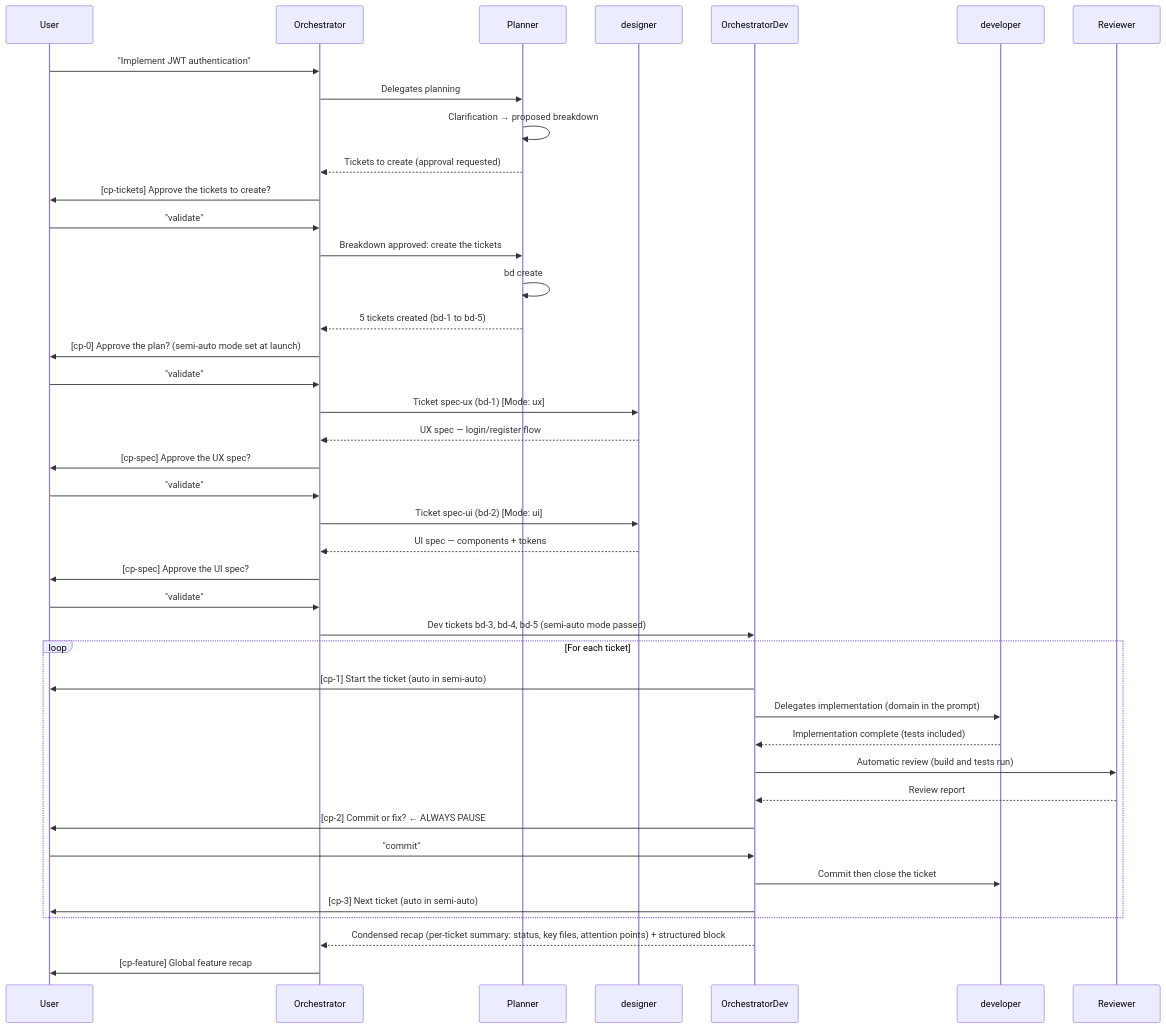
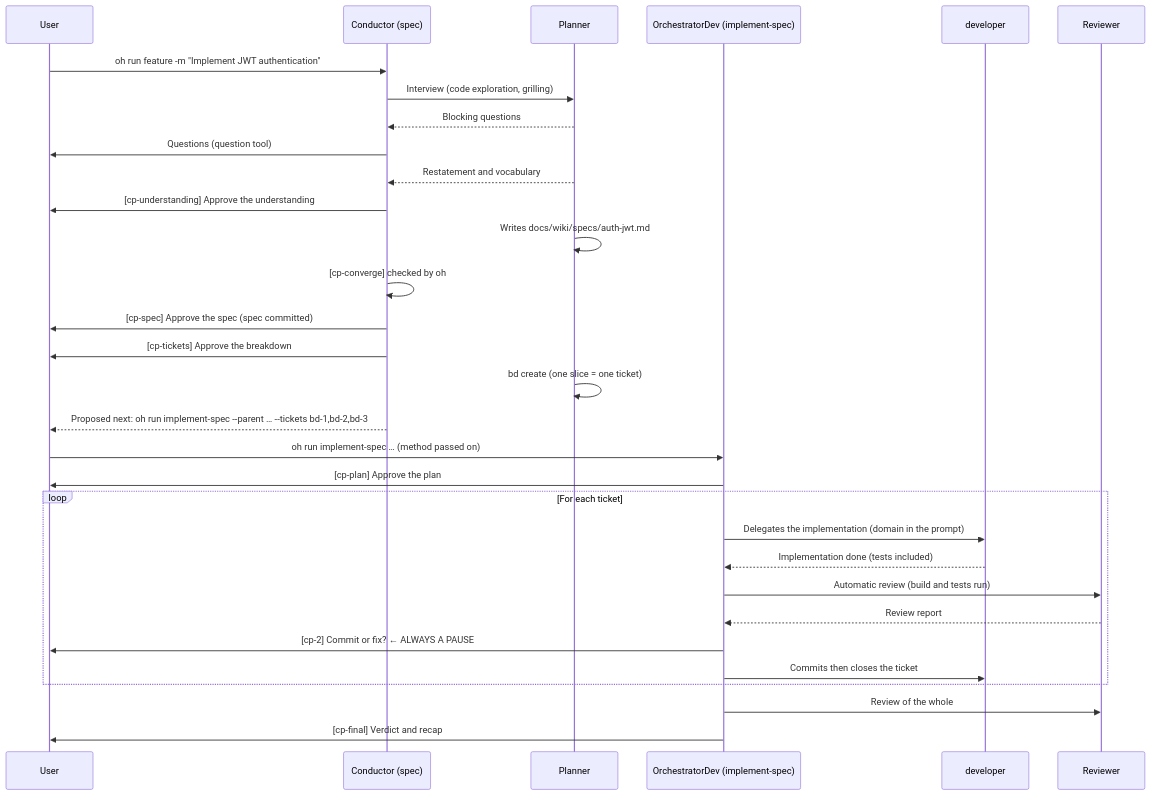
The second of 7 diagrams in docs/guides/workflows.en.md (datichb/openhub), drawn with Mermaid before and after one commit. The commit also changed other lines of this file and 27 other files, not shown here.

Commit message:
docs: feature as the chain spec → implement-spec, migration of the layers extending hub:feature or hub:cadrage, record: input (modernisation feature-migration)

````diff
--- a/docs/guides/workflows.en.md
+++ b/docs/guides/workflows.en.md
@@ -112,48 +113,35 @@
 ```mermaid
 sequenceDiagram
     participant U as User
-    participant O as Orchestrator
+    participant C as Conductor (spec)
     participant PL as Planner
-    participant D as designer
-    participant OD as OrchestratorDev
+    participant OD as OrchestratorDev (implement-spec)
     participant DEV as developer
     participant R as Reviewer
 
-    U->>O: "Implement JWT authentication"
-    O->>PL: Delegates planning
-    PL->>PL: Clarification → proposed breakdown
-    PL-->>O: Tickets to create (approval requested)
-    O->>U: [cp-tickets] Approve the tickets to create?
-    U->>O: "validate"
-    O->>PL: Breakdown approved: create the tickets
-    PL->>PL: bd create
-    PL-->>O: 5 tickets created (bd-1 to bd-5)
-    O->>U: [cp-0] Approve the plan? (semi-auto mode set at launch)
-    U->>O: "validate"
+    U->>C: oh run feature -m "Implement JWT authentication"
+    C->>PL: Interview (code exploration, grilling)
+    PL-->>C: Blocking questions
+    C->>U: Questions (question tool)
+    PL-->>C: Restatement and vocabulary
+    C->>U: [cp-understanding] Approve the understanding
+    PL->>PL: Writes docs/wiki/specs/auth-jwt.md
+    C->>C: [cp-converge] checked by oh
+    C->>U: [cp-spec] Approve the spec (spec committed)
+    C->>U: [cp-tickets] Approve the breakdown
+    PL->>PL: bd create (one slice = one ticket)
+    C-->>U: Proposed next: oh run implement-spec --parent … --tickets bd-1,bd-2,bd-3
 
-    O->>D: Ticket spec-ux (bd-1) [Mode: ux]
-    D-->>O: UX spec — login/register flow
-    O->>U: [cp-spec] Approve the UX spec?
-    U->>O: "validate"
-
-    O->>D: Ticket spec-ui (bd-2) [Mode: ui]
-    D-->>O: UI spec — components + tokens
-    O->>U: [cp-spec] Approve the UI spec?
-    U->>O: "validate"
-
-    O->>OD: Dev tickets bd-3, bd-4, bd-5 (semi-auto mode passed)
+    U->>OD: oh run implement-spec … (method passed on)
+    OD->>U: [cp-plan] Approve the plan
     loop For each ticket
-        OD->>U: [cp-1] Start the ticket (auto in semi-auto)
-        OD->>DEV: Delegates implementation (domain in the prompt)
-        DEV-->>OD: Implementation complete (tests included)
+        OD->>DEV: Delegates the implementation (domain in the prompt)
+        DEV-->>OD: Implementation done (tests included)
         OD->>R: Automatic review (build and tests run)
         R-->>OD: Review report
-        OD->>U: [cp-2] Commit or fix? ← ALWAYS PAUSE
-        U->>OD: "commit"
-        OD->>DEV: Commit then close the ticket
-        OD->>U: [cp-3] Next ticket (auto in semi-auto)
+        OD->>U: [cp-2] Commit or fix? ← ALWAYS A PAUSE
+        OD->>DEV: Commits then closes the ticket
     end
-    OD-->>O: Condensed recap (per-ticket summary: status, key files, attention points) + structured block
-
-    O->>U: [cp-feature] Global feature recap
+    OD->>R: Review of the whole
+    OD->>U: [cp-final] Verdict and recap
 ```
````
